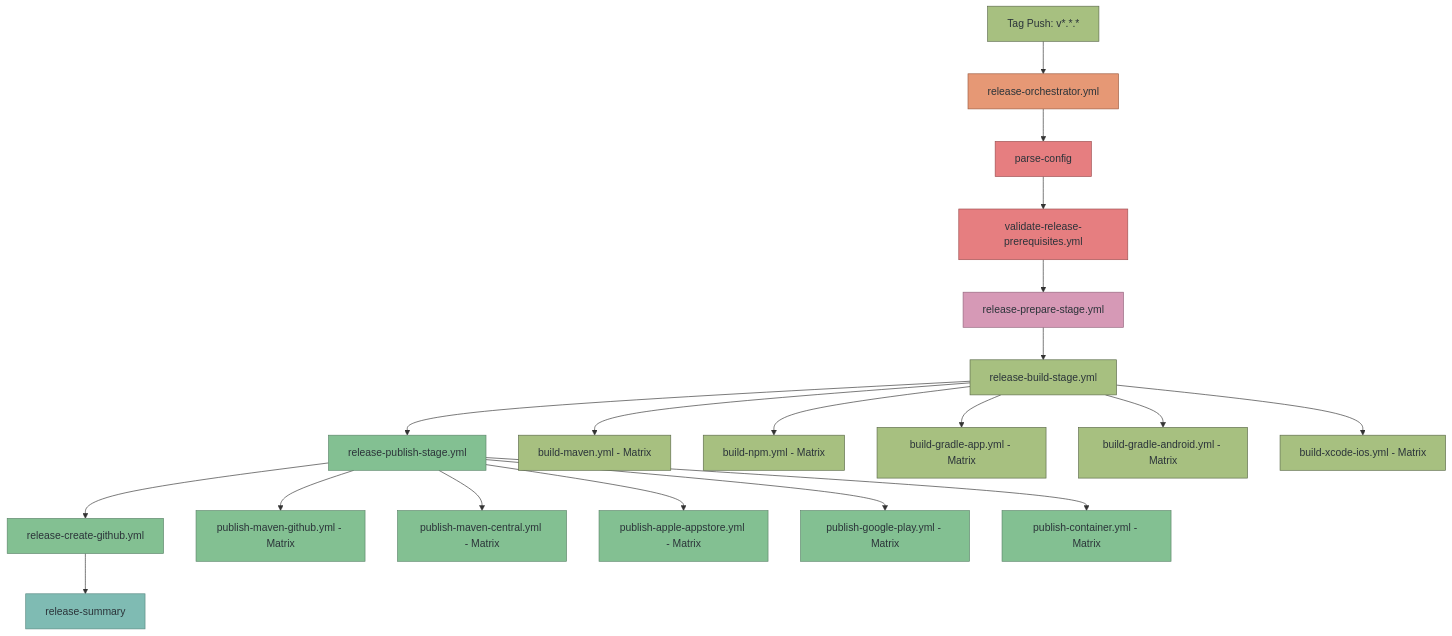
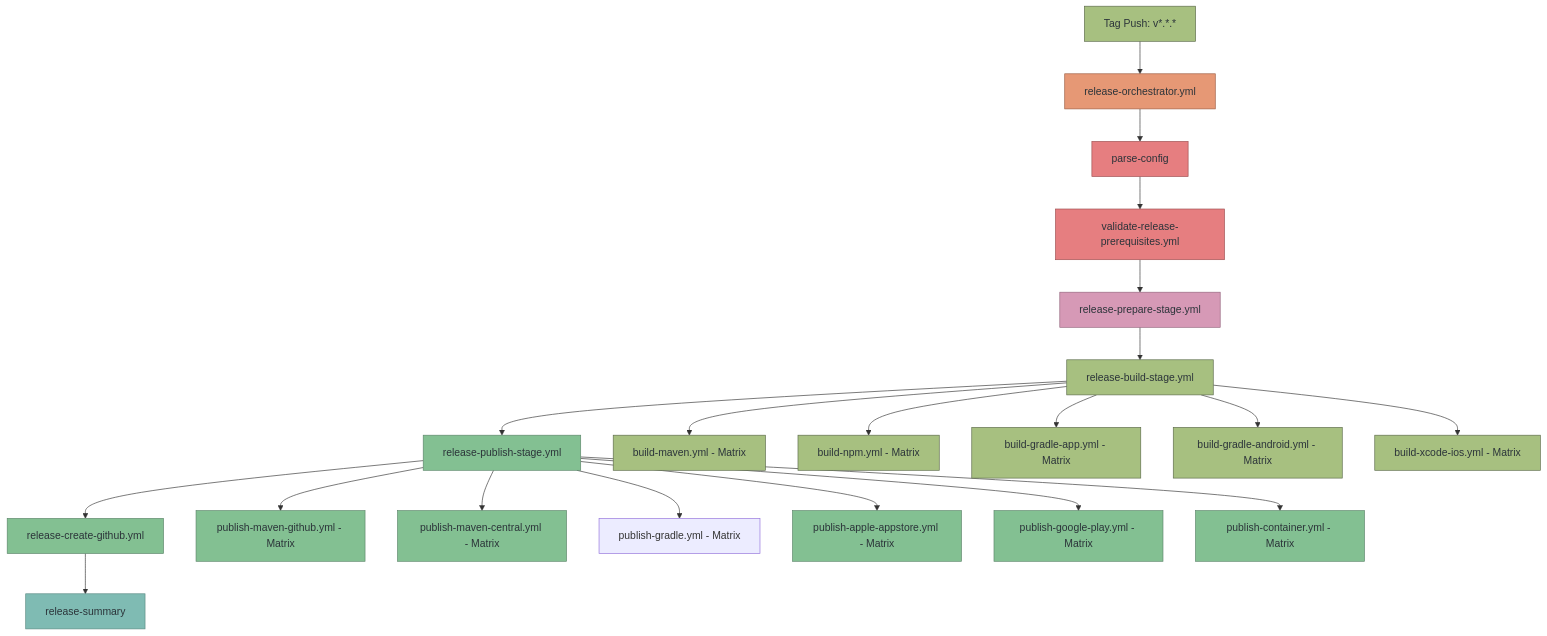
The second of 7 diagrams in docs/workflows.md (diggsweden/reusable-ci), drawn with Mermaid before and after one commit. The commit also changed 17 other files, not shown here.

First line of the commit message:
feat(ci): publish Gradle projects to GitHub Packages and Maven Central

````diff
--- a/docs/workflows.md
+++ b/docs/workflows.md
@@ -134,43 +134,44 @@
 ```mermaid
 graph TD
     A[Tag Push: v*.*.* ] --> B[release-orchestrator.yml]
     B --> C[parse-config]
     C --> D[validate-release-prerequisites.yml]
     D --> E[release-prepare-stage.yml]
     E --> F[release-build-stage.yml]
     F --> G[release-publish-stage.yml]
     G --> H[release-create-github.yml]
     H --> I[release-summary]
 
     F --> J[build-maven.yml - Matrix]
     F --> K[build-npm.yml - Matrix]
     F --> L[build-gradle-app.yml - Matrix]
     F --> L2[build-gradle-android.yml - Matrix]
     F --> M[build-xcode-ios.yml - Matrix]
 
     G --> N[publish-maven-github.yml - Matrix]
     G --> O[publish-maven-central.yml - Matrix]
+    G --> O2[publish-gradle.yml - Matrix]
     G --> P[publish-apple-appstore.yml - Matrix]
     G --> Q[publish-google-play.yml - Matrix]
     G --> R[publish-container.yml - Matrix]
 
     style A fill:#a7c080,stroke:#5c6a4a,color:#2b3339
     style B fill:#e69875,stroke:#9d5c41,color:#2b3339
     style C fill:#e67e80,stroke:#9d4f50,color:#2b3339
     style D fill:#e67e80,stroke:#9d4f50,color:#2b3339
     style E fill:#d699b6,stroke:#93647c,color:#2b3339
     style F fill:#a7c080,stroke:#5c6a4a,color:#2b3339
     style G fill:#83c092,stroke:#5c856a,color:#2b3339
     style H fill:#83c092,stroke:#5c856a,color:#2b3339
     style I fill:#7fbbb3,stroke:#5a8a82,color:#2b3339
     style J fill:#a7c080,stroke:#5c6a4a,color:#2b3339
     style K fill:#a7c080,stroke:#5c6a4a,color:#2b3339
     style L fill:#a7c080,stroke:#5c6a4a,color:#2b3339
     style L2 fill:#a7c080,stroke:#5c6a4a,color:#2b3339
     style M fill:#a7c080,stroke:#5c6a4a,color:#2b3339
     style N fill:#83c092,stroke:#5c856a,color:#2b3339
     style O fill:#83c092,stroke:#5c856a,color:#2b3339
     style P fill:#83c092,stroke:#5c856a,color:#2b3339
     style Q fill:#83c092,stroke:#5c856a,color:#2b3339
     style R fill:#83c092,stroke:#5c856a,color:#2b3339
 ```
````
